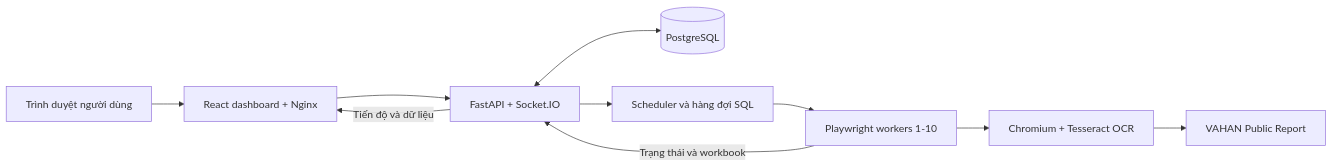
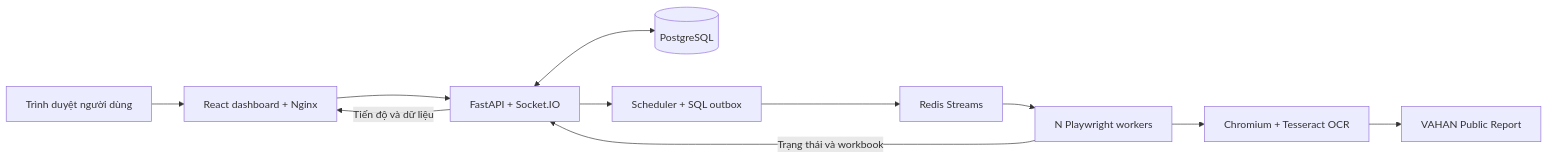
Before and after one commit to Muteen-Felix/vahan-automation: the diagram in README.md, drawn with Mermaid. The commit also changed other lines of this file and 35 other files, not shown here.

````diff
--- a/README.md
+++ b/README.md
@@ -45,12 +45,13 @@
 ```mermaid
 flowchart LR
   U[Trình duyệt người dùng] --> W[React dashboard + Nginx]
   W --> A[FastAPI + Socket.IO]
   A <--> P[(PostgreSQL)]
-  A --> S[Scheduler và hàng đợi SQL]
-  S --> R[Playwright workers 1-10]
+  A --> S[Scheduler + SQL outbox]
+  S --> Q[Redis Streams]
+  Q --> R[N Playwright workers]
   R --> C[Chromium + Tesseract OCR]
   C --> V[VAHAN Public Report]
   R -->|Trạng thái và workbook| A
   A -->|Tiến độ và dữ liệu| W
 ```
````
